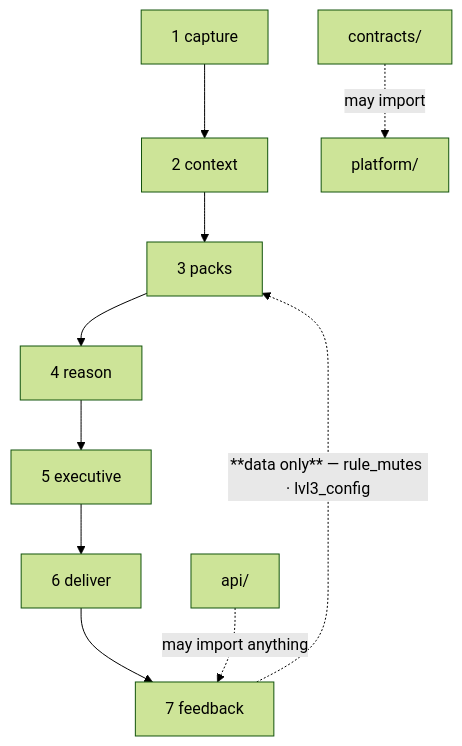
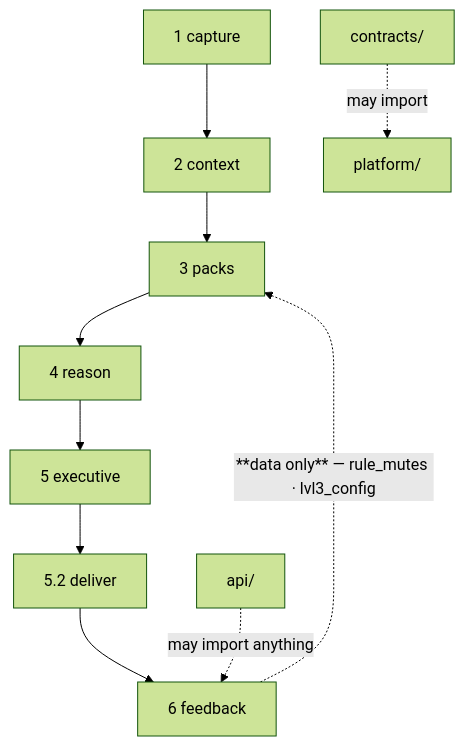
The diagram in System Design/Cross-Cutting-Contracts-Platform-API/04-The-Topology-Ratchet.md (themoronss/genios-brain), drawn with Mermaid (forest theme) before and after one commit. The commit also changed other lines of this file and 316 other files, not shown here.

````diff
--- a/System Design/Cross-Cutting-Contracts-Platform-API/04-The-Topology-Ratchet.md
+++ b/System Design/Cross-Cutting-Contracts-Platform-API/04-The-Topology-Ratchet.md
@@ -14,7 +14,7 @@
 ```mermaid
 flowchart TB
-    L1["1 capture"] --> L2["2 context"] --> L3["3 packs"] --> L4["4 reason"] --> L5["5 executive"] --> L6["6 deliver"] --> L7["7 feedback"]
-    L7 -. "**data only** — rule_mutes · lvl3_config" .-> L3
+    L1["1 capture"] --> L2["2 context"] --> L3["3 packs"] --> L4["4 reason"] --> L5["5 executive"] --> D52["5.2 deliver"] --> LEARN6["6 feedback"]
+    LEARN6 -. "**data only** — rule_mutes · lvl3_config" .-> L3
     X1["contracts/"] -.->|"may import"| X2["platform/"]
-    X3["api/"] -.->|"may import anything"| L7
+    X3["api/"] -.->|"may import anything"| LEARN6
 ```
````
